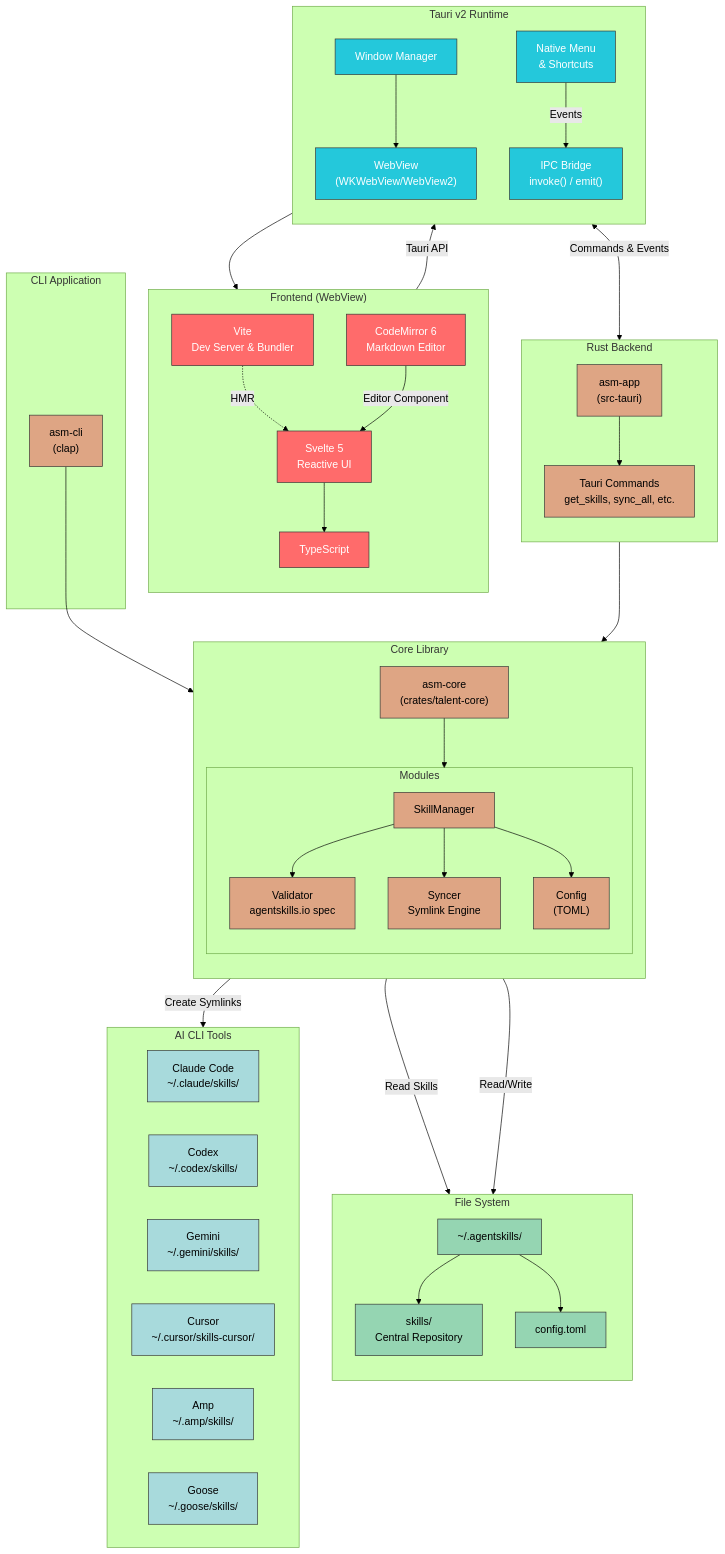
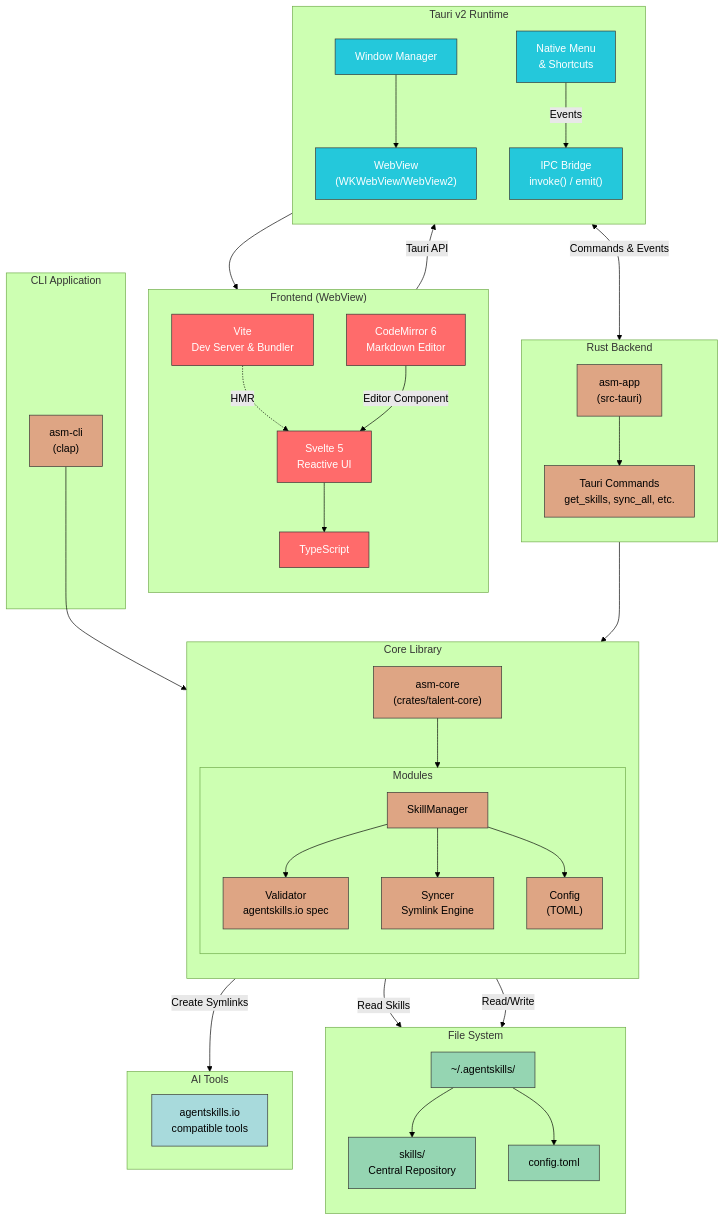
Before and after one commit to Alpha-Coders/agent-loom: the diagram in docs/ARCHITECTURE.md, drawn with Mermaid (forest theme). The commit also changed other lines of this file, not shown here.

Commit message:
Update architecture doc: simplify targets, fix CLI commands

````diff
--- a/docs/ARCHITECTURE.md
+++ b/docs/ARCHITECTURE.md
@@ -40,7 +40,7 @@
 
     subgraph Core["Core Library"]
         direction TB
-        ASMCore["asm-core<br/>(crates/talent-core)"]
+        CoreLib["asm-core<br/>(crates/talent-core)"]
 
         subgraph Modules["Modules"]
             Manager["SkillManager"]
@@ -49,31 +49,25 @@
             Config["Config<br/>(TOML)"]
         end
 
-        ASMCore --> Modules
+        CoreLib --> Modules
     end
 
     subgraph CLI["CLI Application"]
-        ASMCLI["asm-cli<br/>(clap)"]
+        CLIApp["asm-cli<br/>(clap)"]
     end
 
     subgraph Storage["File System"]
         direction TB
-        ASMDir["~/.agentskills/"]
+        AppDir["~/.agentskills/"]
         SkillsDir["skills/<br/>Central Repository"]
         ConfigFile["config.toml"]
 
-        ASMDir --> SkillsDir
-        ASMDir --> ConfigFile
+        AppDir --> SkillsDir
+        AppDir --> ConfigFile
     end
 
-    subgraph Targets["AI CLI Tools"]
-        direction LR
-        Claude["Claude Code<br/>~/.claude/skills/"]
-        Codex["Codex<br/>~/.codex/skills/"]
-        Gemini["Gemini<br/>~/.gemini/skills/"]
-        Cursor["Cursor<br/>~/.cursor/skills-cursor/"]
-        Amp["Amp<br/>~/.amp/skills/"]
-        Goose["Goose<br/>~/.goose/skills/"]
+    subgraph Targets["AI Tools"]
+        TargetTools["agentskills.io<br/>compatible tools"]
     end
 
     %% Connections
@@ -83,8 +77,8 @@
     Menu -->|"Events"| IPC
     Window --> WebView
 
-    Commands --> ASMCore
-    ASMCLI --> ASMCore
+    Commands --> CoreLib
+    CLIApp --> CoreLib
 
     Manager --> Validator
     Manager --> Syncer
@@ -103,7 +97,7 @@
 
     class Svelte,TS,Vite,CM frontend
     class WebView,IPC,Menu,Window tauri
-    class TauriApp,Commands,ASMCore,Manager,Validator,Syncer,Config,ASMCLI rust
-    class ASMDir,SkillsDir,ConfigFile storage
-    class Claude,Codex,Gemini,Cursor,Amp,Goose targets
+    class TauriApp,Commands,CoreLib,Manager,Validator,Syncer,Config,CLIApp rust
+    class AppDir,SkillsDir,ConfigFile storage
+    class TargetTools targets
 ```
````
